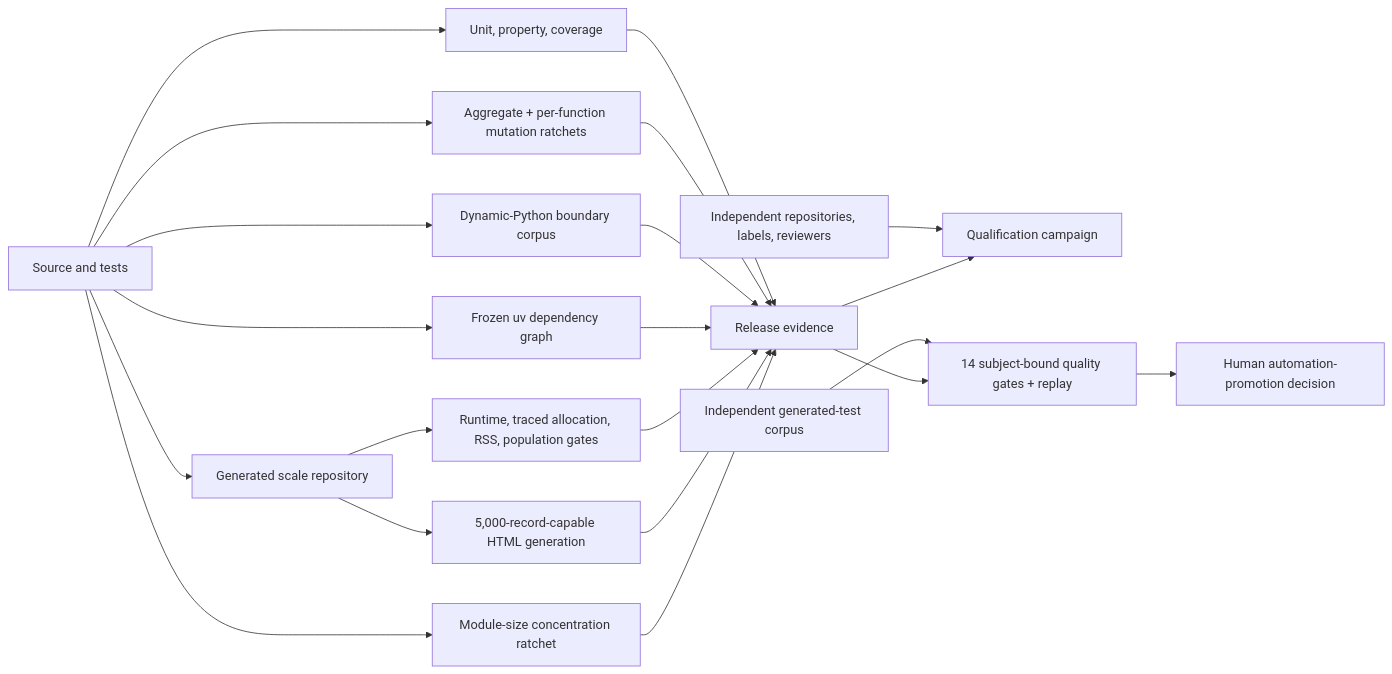
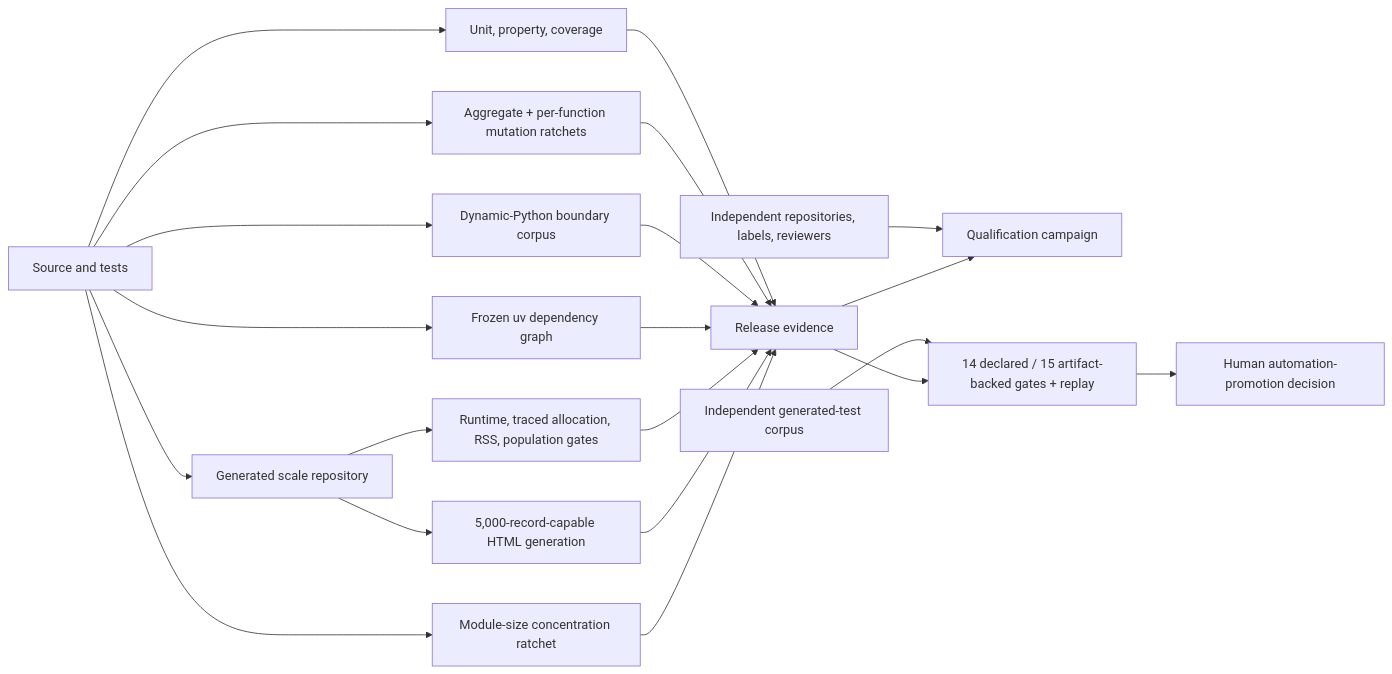
Before and after one commit to willtran87/project-py-sfmea: the diagram in docs/QUALITY_GATES.md, drawn with Mermaid. The commit also changed other lines of this file and 17 other files, not shown here.

Commit message:
Add artifact-backed generated-test qualification

````diff
--- a/docs/QUALITY_GATES.md
+++ b/docs/QUALITY_GATES.md
@@ -7,23 +7,23 @@
 ```mermaid
 flowchart LR
   C["Source and tests"] --> U["Unit, property, coverage"]
   C --> M["Aggregate + per-function mutation ratchets"]
   C --> D["Dynamic-Python boundary corpus"]
   C --> L["Frozen uv dependency graph"]
   C --> S["Generated scale repository"]
   S --> P["Runtime, traced allocation, RSS, population gates"]
   S --> H["5,000-record-capable HTML generation"]
   C --> Z["Module-size concentration ratchet"]
   U --> R["Release evidence"]
   M --> R
   D --> R
   L --> R
   P --> R
   H --> R
   Z --> R
   X["Independent repositories, labels, reviewers"] --> Q["Qualification campaign"]
   R --> Q
-  G["Independent generated-test corpus"] --> T["14 subject-bound quality gates + replay"]
+  G["Independent generated-test corpus"] --> T["14 declared / 15 artifact-backed gates + replay"]
   R --> T
   T --> A["Human automation-promotion decision"]
 ```
````
